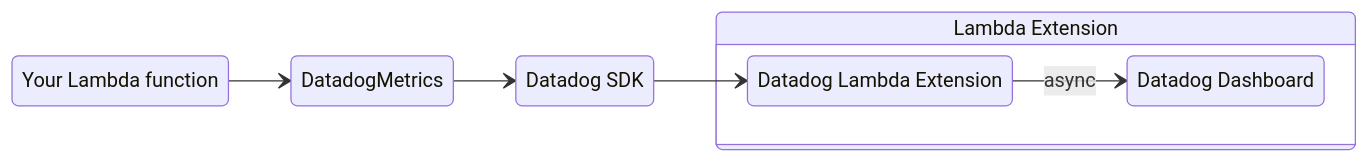
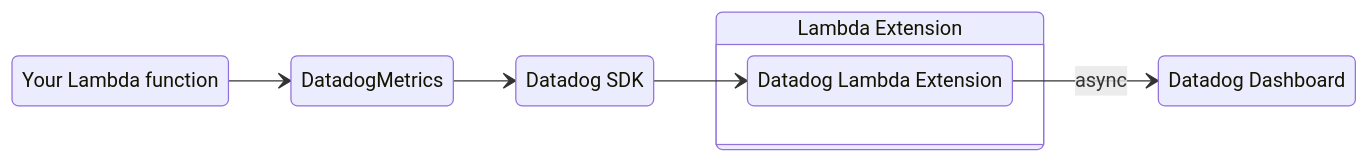
The diagram in docs/core/metrics/datadog.md (aws-powertools/powertools-lambda-python), drawn with Mermaid before and after one commit.

Commit message:
Update Datadog Metrics integration diagram

````diff
--- a/docs/core/metrics/datadog.md
+++ b/docs/core/metrics/datadog.md
@@ -10,19 +10,20 @@
 ```mermaid
 stateDiagram-v2
     direction LR
     LambdaFn: Your Lambda function
     LambdaCode: DatadogMetrics
     DatadogSDK: Datadog SDK
     DatadogExtension: Datadog Lambda Extension
     Datadog: Datadog Dashboard
     LambdaExtension: Lambda Extension
 
     LambdaFn --> LambdaCode
     LambdaCode --> DatadogSDK
     DatadogSDK --> DatadogExtension
+    DatadogExtension --> Datadog: async
 
     state LambdaExtension {
-        DatadogExtension --> Datadog: async
+        DatadogExtension 
     }
 
 ```
````
